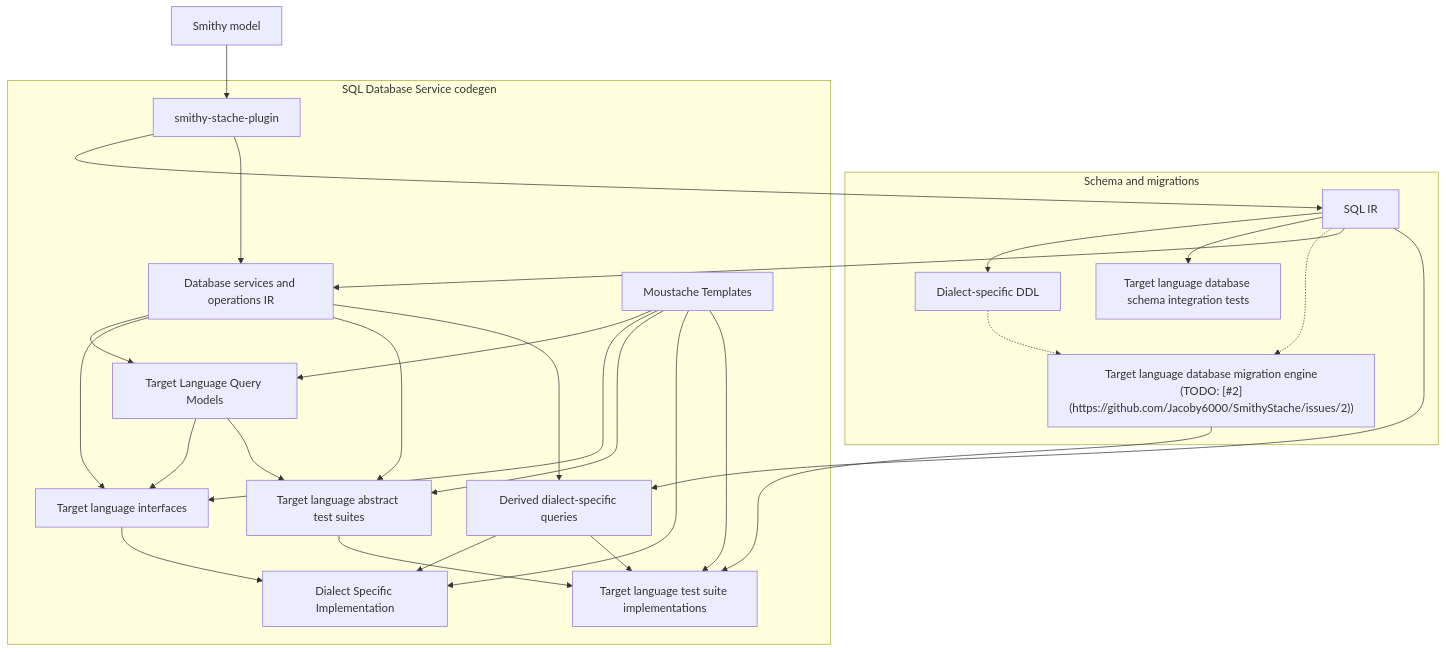
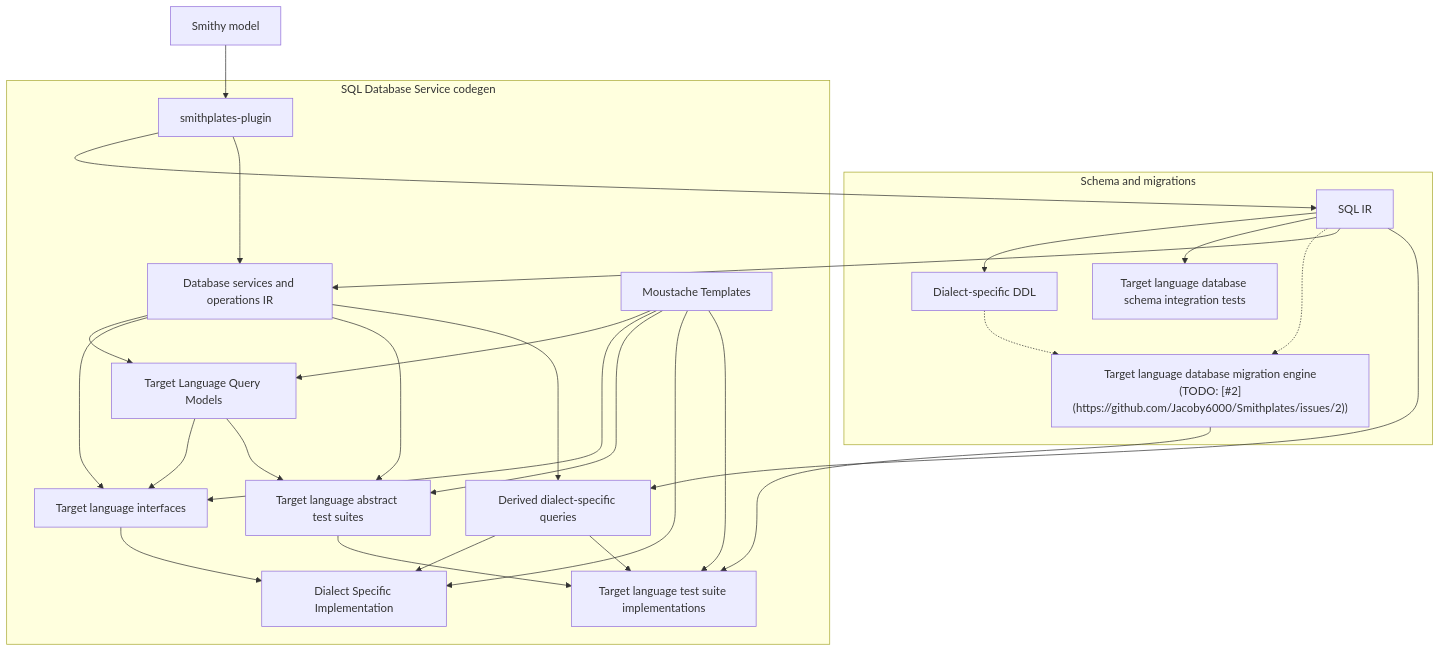
One commit to Jacoby6000/Smithplates changed the diagram in docs/reusable-components/architecture-pipeline.mmd. Above: the diagram before and after it, drawn with Mermaid. The commit also changed 360 other files, not shown here.

First line of the commit message:
Rename the project to Smithplates across packages, traits, and plugin identity.

```diff
--- a/docs/reusable-components/architecture-pipeline.mmd
+++ b/docs/reusable-components/architecture-pipeline.mmd
@@ -1,47 +1,47 @@
 flowchart TD
     SM["Smithy model"]
-    SSP["smithy-stache-plugin"]
+    SSP["smithplates-plugin"]
 
     SM --> SSP
 
     SSP --> SQLIR["SQL IR"]
 
 
     subgraph schema["Schema and migrations"]
         SQLIR --> DDL["Dialect-specific DDL"]
         SQLIR --> SchemaIT["Target language database schema integration tests"]
         
-        Migration["Target language database migration engine<br/>(TODO: [#2](https://github.com/Jacoby6000/SmithyStache/issues/2))"]
+        Migration["Target language database migration engine<br/>(TODO: [#2](https://github.com/Jacoby6000/Smithplates/issues/2))"]
         DDL   -.-> Migration
         SQLIR -.-> Migration
     end
 
     subgraph services["SQL Database Service codegen"]
         SSP   --> SVCIR["Database services and operations IR"]
         SQLIR --> SVCIR
         
         MT["Moustache Templates"]
         SVCIR --> TLQM["Target Language Query Models"]
         MT    --> TLQM
 
         SVCIR --> Interfaces["Target language interfaces"]
         MT    --> Interfaces   
         TLQM  --> Interfaces
 
         SVCIR --> AbstractTests["Target language abstract test suites"]
         MT    --> AbstractTests
         TLQM  --> AbstractTests
 
         SVCIR --> DerivedQueries["Derived dialect-specific queries"]
         SQLIR --> DerivedQueries
 
         Interfaces     --> Impl["Dialect Specific Implementation"]
         MT             --> Impl        
         DerivedQueries --> Impl
 
         Migration      --> TestImpl["Target language test suite implementations"]
         MT             --> TestImpl
         DerivedQueries --> TestImpl
         AbstractTests  --> TestImpl
 
     end
```
